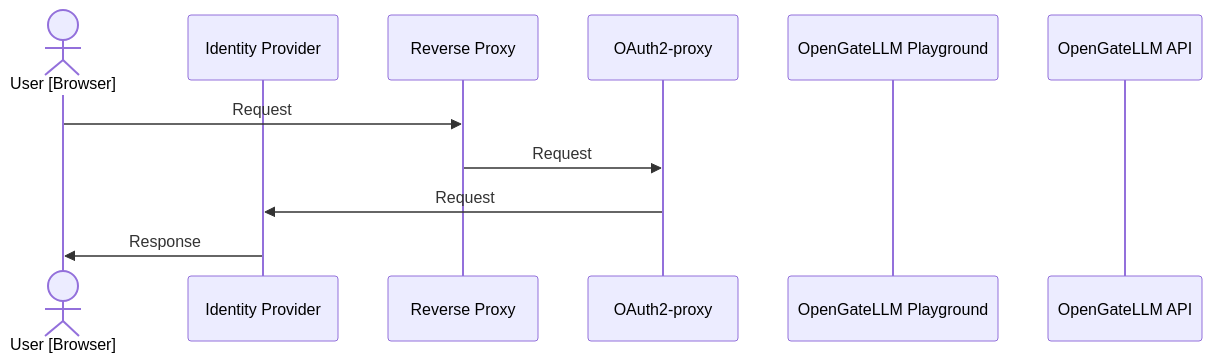
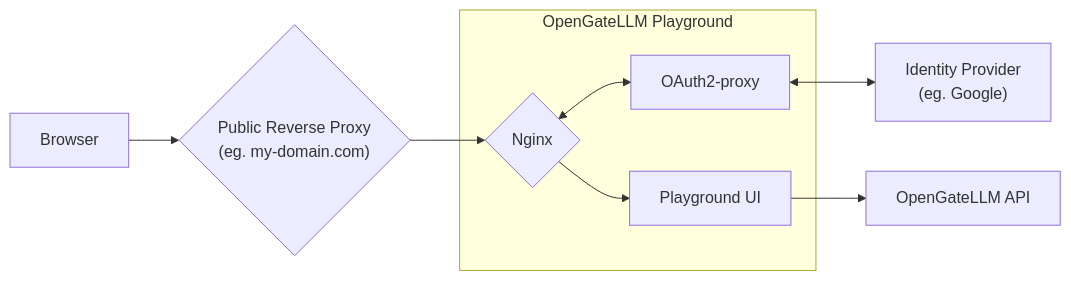
The diagram in docs/src/content/docs/features/sso.mdx (etalab-ia/OpenGateLLM), drawn with Mermaid before and after one commit. The commit also changed other lines of this file and 24 other files, not shown here.

````diff
--- a/docs/src/content/docs/features/sso.mdx
+++ b/docs/src/content/docs/features/sso.mdx
@@ -11,15 +13,22 @@
 ```mermaid
-sequenceDiagram
+flowchart LR
 
-actor user as User [Browser]
-participant idp as Identity Provider
-participant rp as Reverse Proxy
-participant oauth2 as OAuth2-proxy
-participant playground as OpenGateLLM Playground
-participant api as OpenGateLLM API
+    user[Browser]
+    rp-public{"Public Reverse Proxy<br>(eg. my-domain.com)"}
+    api["OpenGateLLM API"]
+    idp["Identity Provider<br>(eg. Google)"]
+    
+    subgraph playground [OpenGateLLM Playground]
+        rp-playground{"Nginx"}
+        ui-playground["Playground UI"]
+          
+        oauth2["OAuth2-proxy"]    
+        rp-playground <--> oauth2
+        rp-playground --> ui-playground
+    end
 
-user ->> rp: Request
-rp ->> oauth2: Request
-oauth2 ->> idp: Request
-idp ->> user: Response
+    user --> rp-public
+    rp-public --> rp-playground
+    oauth2 <--> idp
+    ui-playground --> api
 ```
````
